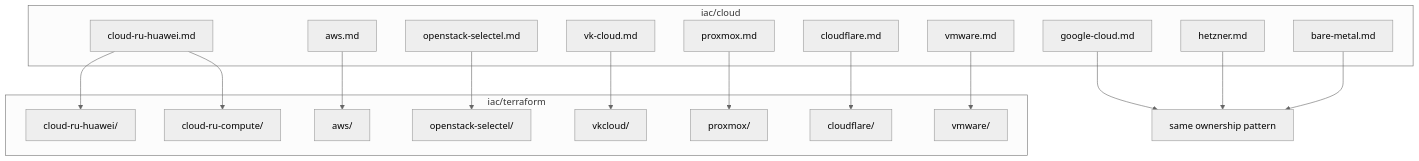
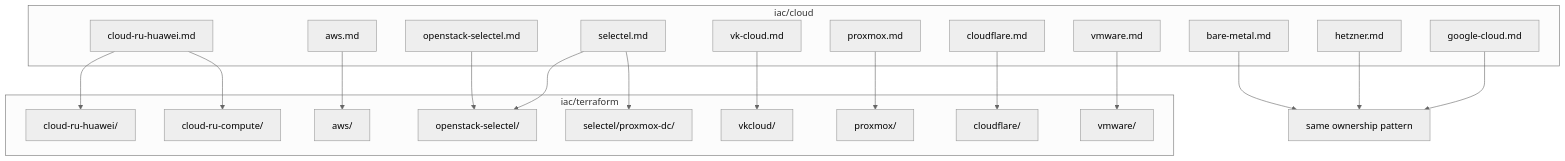
One commit to NarberallGamma/narberall-platform-engineer-lab changed the diagram in iac/cloud/README.md. Above: the diagram before and after it, drawn with Mermaid (neutral theme). The commit also changed other lines of this file and 33 other files, not shown here.

First line of the commit message:
Add Selectel VPC and dedicated Proxmox slices with a cloud coverage map.

````diff
--- a/iac/cloud/README.md
+++ b/iac/cloud/README.md
@@ -26,36 +29,40 @@
 ```mermaid
 flowchart TB
   subgraph cloud [iac/cloud]
     CR[cloud-ru-huawei.md]
     AWS[aws.md]
+    SEL[selectel.md]
     OS[openstack-selectel.md]
     VK[vk-cloud.md]
     PX[proxmox.md]
     CF[cloudflare.md]
     GCP[google-cloud.md]
     HZ[hetzner.md]
     VM[vmware.md]
     BM[bare-metal.md]
   end
   subgraph tf [iac/terraform]
     TFcr[cloud-ru-huawei/]
     TFcrc[cloud-ru-compute/]
     TFaws[aws/]
     TFos[openstack-selectel/]
+    TFsel[selectel/proxmox-dc/]
     TFvk[vkcloud/]
     TFpx[proxmox/]
     TFcf[cloudflare/]
     TFvm[vmware/]
   end
   CR --> TFcr
   CR --> TFcrc
   AWS --> TFaws
+  SEL --> TFos
+  SEL --> TFsel
   OS --> TFos
   VK --> TFvk
   PX --> TFpx
   CF --> TFcf
   VM --> TFvm
   GCP --> Pattern[same ownership pattern]
   HZ --> Pattern
   BM --> Pattern
 ```
````
